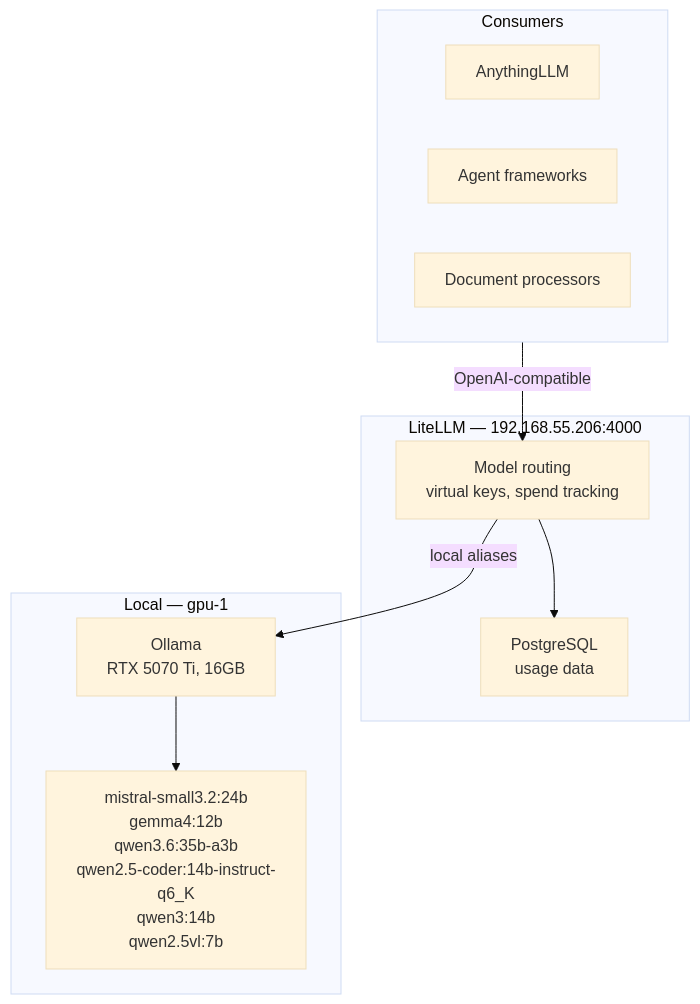
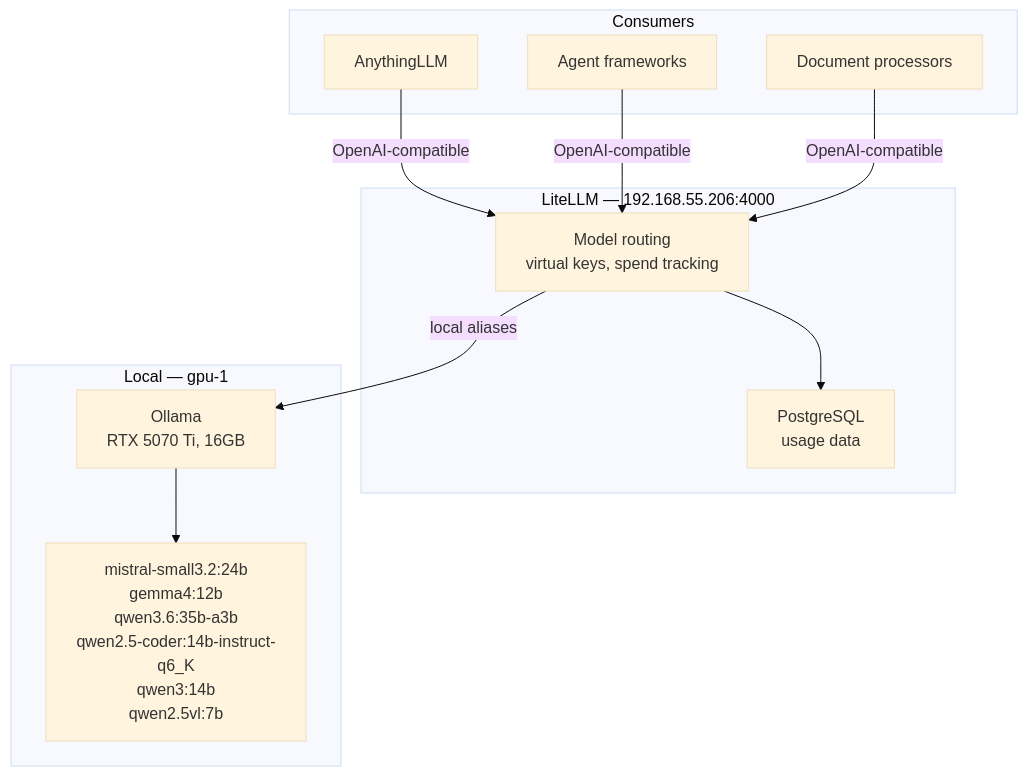
The diagram in blog/content/docs/building/10-local-inference/index.md (derio-net/frank), drawn with Mermaid (base theme) before and after one commit. The commit also changed 24 other files, not shown here.

````diff
--- a/blog/content/docs/building/10-local-inference/index.md
+++ b/blog/content/docs/building/10-local-inference/index.md
@@ -21,21 +21,23 @@
 ```mermaid
 flowchart TD
   subgraph Consumers[Consumers]
     AGI[AnythingLLM]
     Agent[Agent frameworks]
     Doc[Document processors]
   end
   subgraph Gateway[LiteLLM — 192.168.55.206:4000]
     Router[Model routing<br/>virtual keys, spend tracking]
     PG[PostgreSQL<br/>usage data]
   end
   subgraph Local[Local — gpu-1]
     Ollama[Ollama<br/>RTX 5070 Ti, 16GB]
     Models[mistral-small3.2:24b<br/>gemma4:12b<br/>qwen3.6:35b-a3b<br/>qwen2.5-coder:14b-instruct-q6_K<br/>qwen3:14b<br/>qwen2.5vl:7b]
   end
 
-  Consumers -->|OpenAI-compatible| Router
+  AGI -->|OpenAI-compatible| Router
+  Agent -->|OpenAI-compatible| Router
+  Doc -->|OpenAI-compatible| Router
   Router -->|local aliases| Ollama
   Ollama --> Models
   Router --> PG
 ```
````
